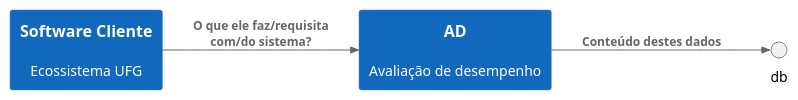
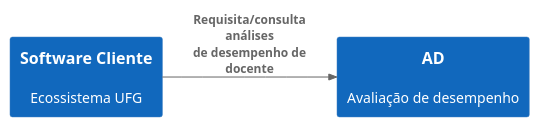
The diagram in documentacao/diagramas/c4-context.puml (kyriosdata/docente-inf), drawn with PlantUML before and after one commit.

Commit message:
corrige contexto

```diff
--- a/documentacao/diagramas/c4-context.puml
+++ b/documentacao/diagramas/c4-context.puml
@@ -1,17 +1,16 @@
 @startuml c4-contexto-original
 
 !include https://raw.githubusercontent.com/plantuml-stdlib/C4-PlantUML/master/C4_Context.puml
 
 left to right direction
 
 HIDE_STEREOTYPE()
 SHOW_PERSON_OUTLINE()
 
 System(docente, "AD", "Avaliação de desempenho")
 
 System(usuario, "Software Cliente", "Ecossistema UFG")
 
-Rel(usuario, docente, "O que ele faz/requisita com/do sistema?", "")
-Rel_D(docente, db, "Conteúdo destes dados", "")
+Rel(usuario, docente, "Requisita/consulta análises\nde desempenho de docente", "")
 
 @enduml
```
